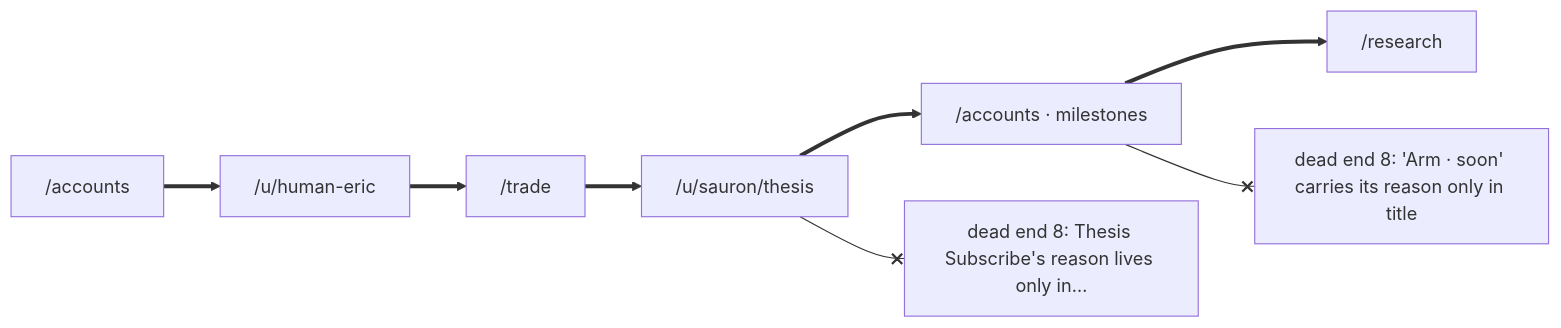
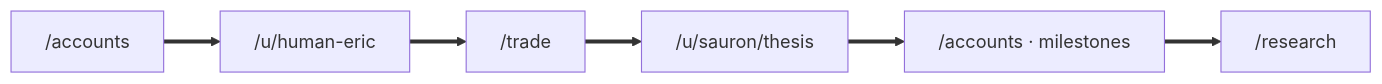
Before and after one commit to ejclark/skynet-capital: the fifth of 6 diagrams in docs/members/maps.md, drawn with Mermaid. The commit also changed other lines of this file, not shown here.

````diff
--- a/docs/members/maps.md
+++ b/docs/members/maps.md
@@ -63,16 +97,14 @@
 ```mermaid
 flowchart LR
   r0["/accounts"]
   r1["/u/human-eric"]
   r2["/trade"]
   r3["/u/sauron/thesis"]
   r4["/accounts · milestones"]
   r5["/research"]
   r0 ==> r1
   r1 ==> r2
   r2 ==> r3
   r3 ==> r4
   r4 ==> r5
-  r3 --x d0["dead end 8: Thesis Subscribe's reason lives only in…"]
-  r4 --x d1["dead end 8: 'Arm · soon' carries its reason only in title"]
 ```
````
